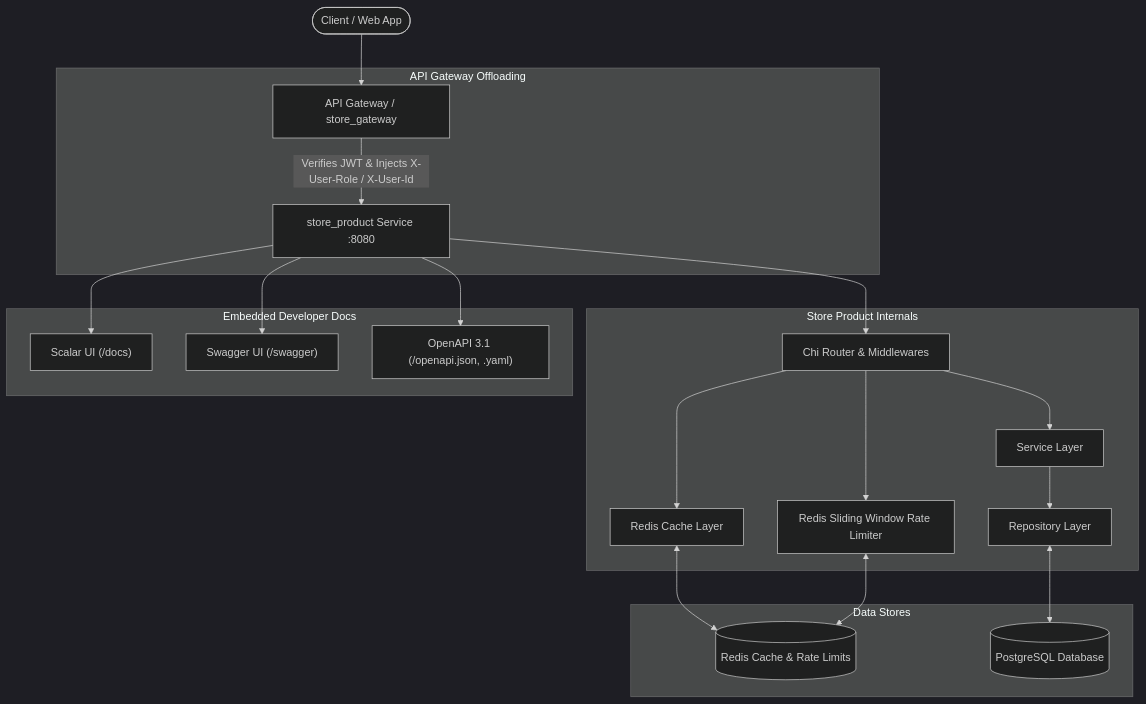
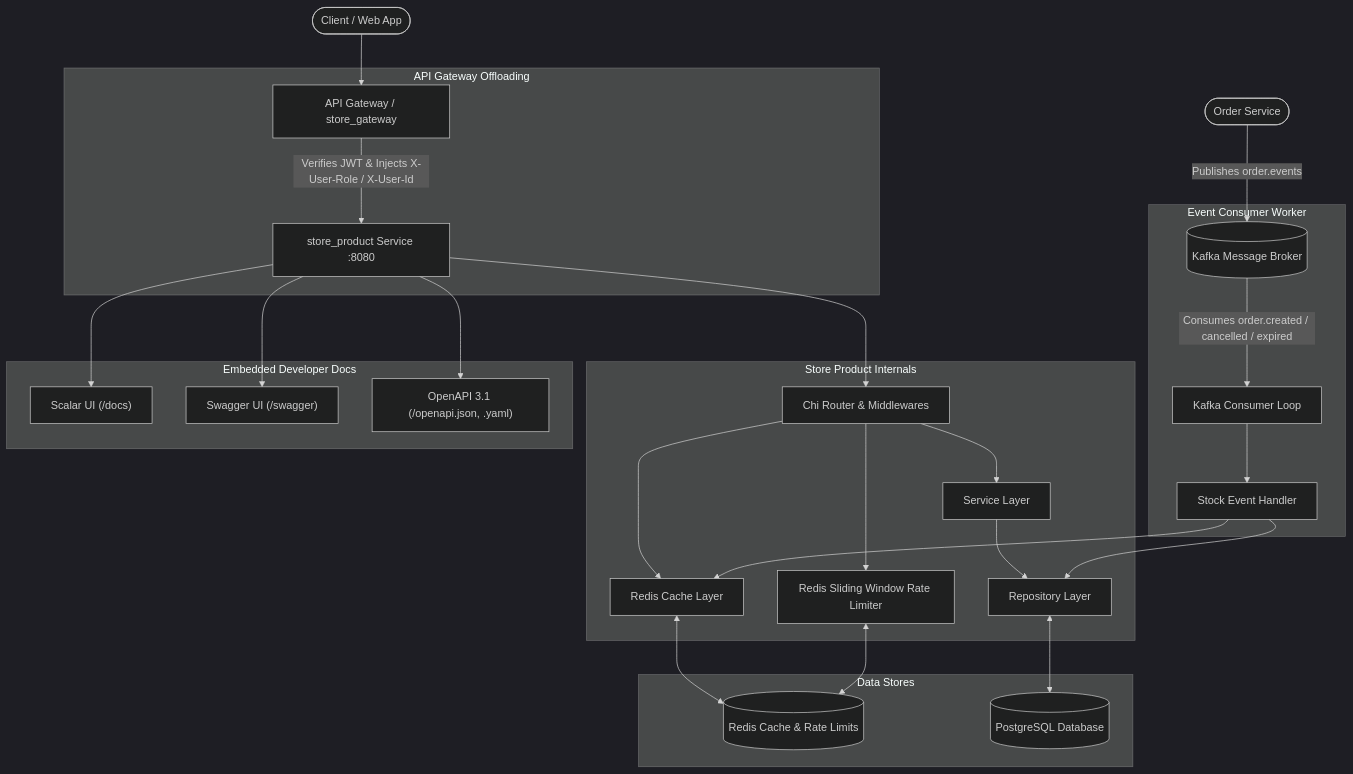
The diagram in README.md (Sall-lah/store_product), drawn with Mermaid (dark theme) before and after one commit. The commit also changed other lines of this file and 14 other files, not shown here.

Commit message:
kafka event for order

````diff
--- a/README.md
+++ b/README.md
@@ -11,28 +11,36 @@
 ```mermaid
 flowchart TD
     Client([Client / Web App]) --> Gateway[API Gateway / store_gateway]
+    OrderService([Order Service]) -->|Publishes order.events| Kafka[(Kafka Message Broker)]
     
     subgraph GatewayOffloading [API Gateway Offloading]
         Gateway -->|Verifies JWT & Injects X-User-Role / X-User-Id| StoreProduct[store_product Service :8080]
+    end
+
+    subgraph EventStreaming [Event Consumer Worker]
+        Kafka -->|Consumes order.created / cancelled / expired| KafkaWorker[Kafka Consumer Loop]
+        KafkaWorker --> StockHandler[Stock Event Handler]
     end
 
     subgraph ServiceInternals [Store Product Internals]
         StoreProduct --> Router[Chi Router & Middlewares]
         Router --> RateLimit[Redis Sliding Window Rate Limiter]
         Router --> CacheLayer[Redis Cache Layer]
         Router --> Service[Service Layer]
         Service --> Repo[Repository Layer]
+        StockHandler --> Repo
+        StockHandler --> CacheLayer
     end
 
     subgraph Persistence [Data Stores]
         CacheLayer <--> Redis[(Redis Cache & Rate Limits)]
         RateLimit <--> Redis
         Repo <--> DB[(PostgreSQL Database)]
     end
 
     subgraph Documentation [Embedded Developer Docs]
         StoreProduct --> ScalarUI["Scalar UI (/docs)"]
         StoreProduct --> SwaggerUI["Swagger UI (/swagger)"]
         StoreProduct --> SpecEndpoints["OpenAPI 3.1 (/openapi.json, .yaml)"]
     end
 ```
````
